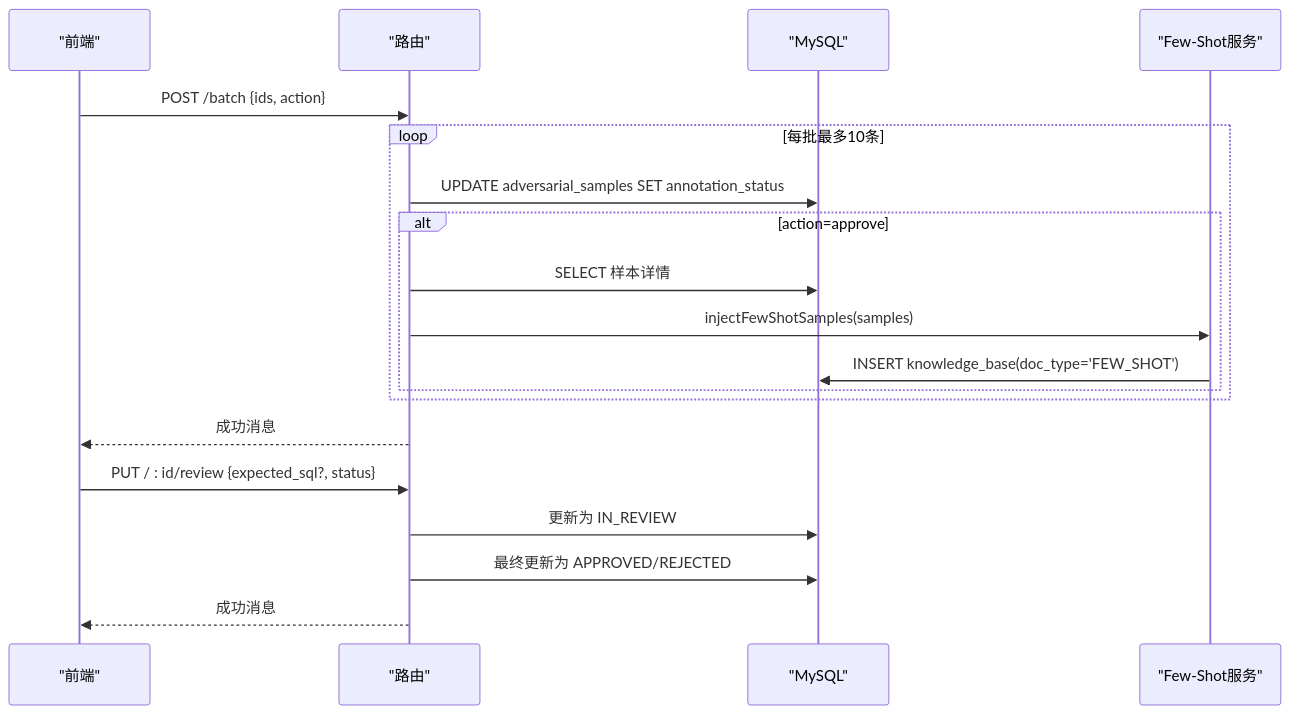
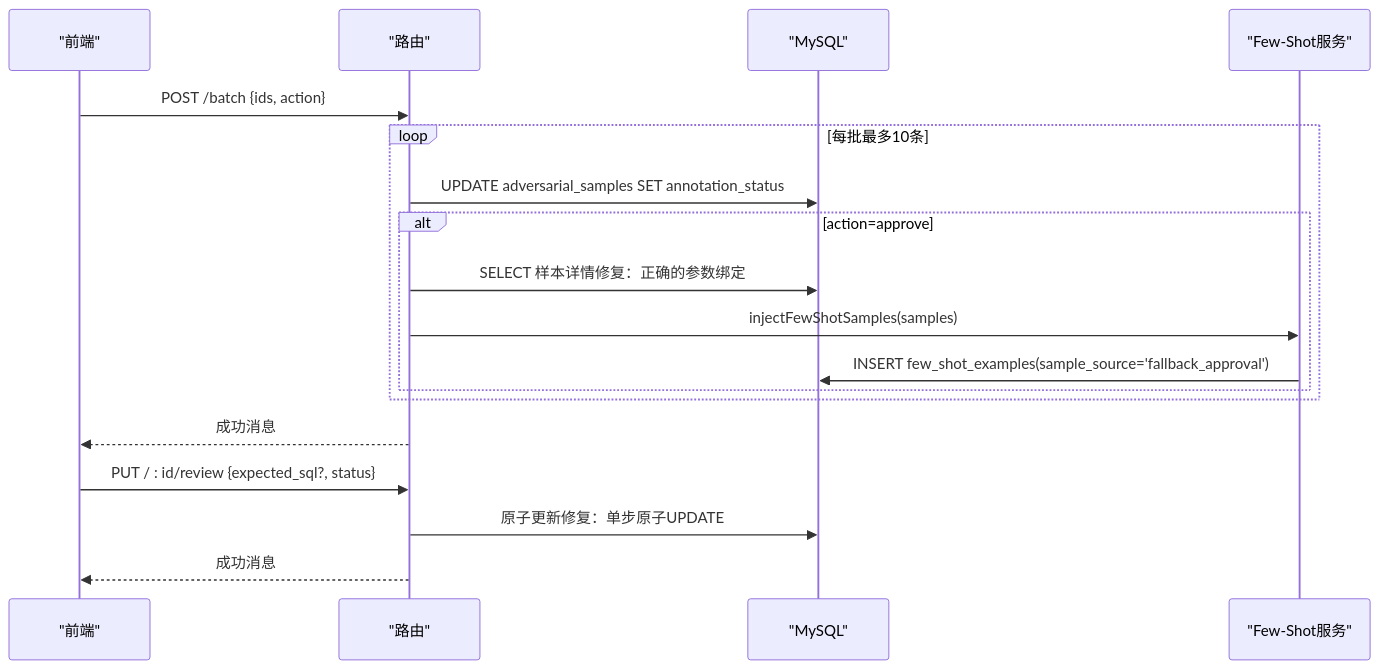
Before and after one commit to dgjin/smart-data-analytics: the fourth of 7 diagrams in .qoder/repowiki/zh/content/后端服务/人类审批工作流.md, drawn with Mermaid. The commit also changed other lines of this file and 100 other files, not shown here.

````diff
--- a/.qoder/repowiki/zh/content/后端服务/人类审批工作流.md
+++ b/.qoder/repowiki/zh/content/后端服务/人类审批工作流.md
@@ -147,21 +167,20 @@
 ```mermaid
 sequenceDiagram
 participant FE as "前端"
 participant API as "路由"
 participant DB as "MySQL"
 participant FS as "Few-Shot服务"
 FE->>API : POST /batch {ids, action}
 loop 每批最多10条
 API->>DB : UPDATE adversarial_samples SET annotation_status
 alt action=approve
-API->>DB : SELECT 样本详情
+API->>DB : SELECT 样本详情修复：正确的参数绑定
 API->>FS : injectFewShotSamples(samples)
-FS->>DB : INSERT knowledge_base(doc_type='FEW_SHOT')
+FS->>DB : INSERT few_shot_examples(sample_source='fallback_approval')
 end
 end
 API-->>FE : 成功消息
 FE->>API : PUT / : id/review {expected_sql?, status}
-API->>DB : 更新为 IN_REVIEW
-API->>DB : 最终更新为 APPROVED/REJECTED
+API->>DB : 原子更新修复：单步原子UPDATE
 API-->>FE : 成功消息
 ```
````
